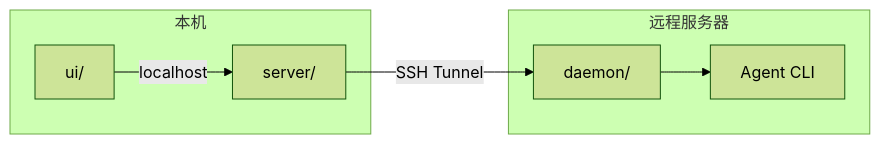
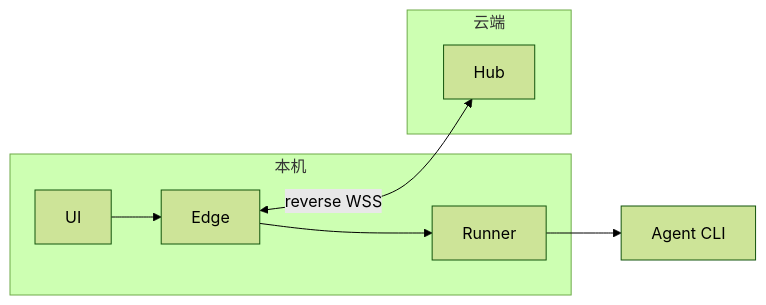
Before and after one commit to TokenDanceLab/AgentHub: the sixth of 10 diagrams in docs/architecture.md, drawn with Mermaid (forest theme). The commit also changed other lines of this file and 62 other files, not shown here.

Commit message:
refactor: 重构为 Hub-Edge-Runner 工程化 monorepo

````diff
--- a/docs/architecture.md
+++ b/docs/architecture.md
@@ -106,16 +127,19 @@
 ```mermaid
 graph LR
     subgraph Local["本机"]
-        UI["ui/"]
-        Server["server/"]
+        UI["UI"]
+        Edge["Edge"]
+        Runner["Runner"]
     end
 
-    subgraph Remote["远程服务器"]
-        Daemon["daemon/"]
-        Agent["Agent CLI"]
+    subgraph Cloud["云端"]
+        Hub["Hub"]
     end
 
-    UI -->|"localhost"| Server
-    Server -->|"SSH Tunnel"| Daemon
-    Daemon --> Agent
+    Agent["Agent CLI"]
+
+    UI --> Edge
+    Edge --> Runner
+    Runner --> Agent
+    Edge <-->|"reverse WSS"| Hub
 ```
````
